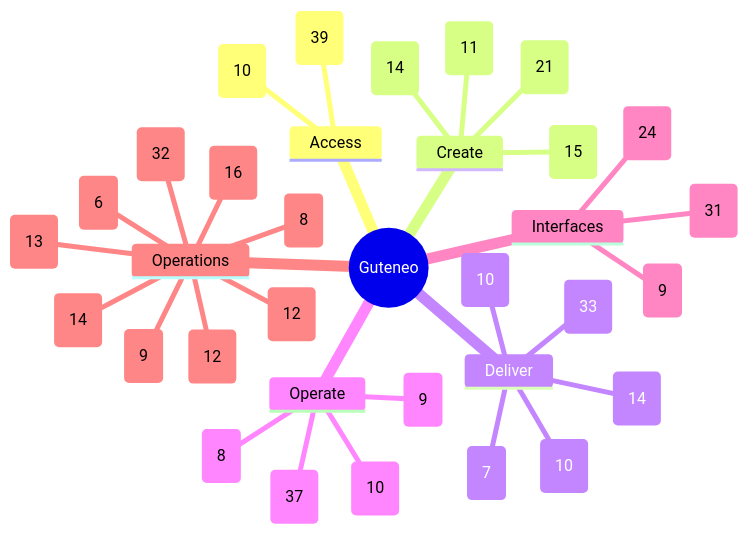
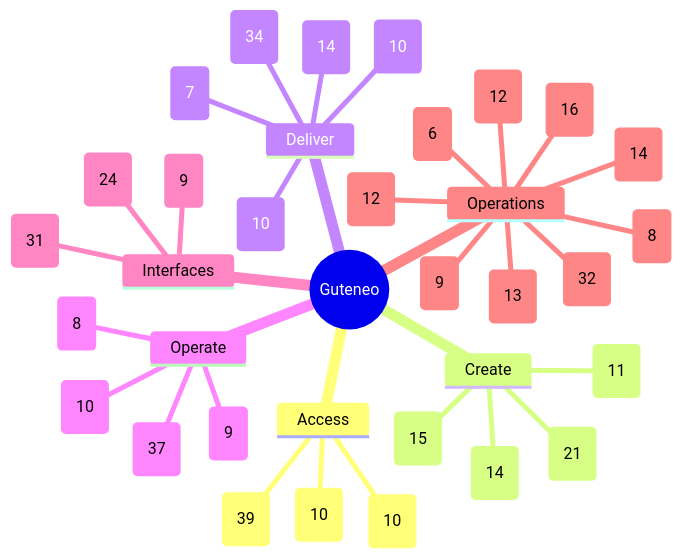
Before and after one commit to nclsppr/guteneo: the diagram in docs/FEATURE_MAP.md, drawn with Mermaid. The commit also changed other lines of this file and 71 other files, not shown here.

Commit message:
feat: recover workspace administration and bounded reports

````diff
--- a/docs/FEATURE_MAP.md
+++ b/docs/FEATURE_MAP.md
@@ -13,37 +13,38 @@
 ```mermaid
 mindmap
   root((Guteneo))
     Access
       Access and identity (39)
       Team and responsibilities (10)
+      Workspace administration and reports (10)
     Create
       Documents and protection (21)
       Template studio (14)
       Data and mappings (11)
       PDF generation and distribution (15)
     Deliver
       Fax (10)
       Postal mail (10)
       Email and protected links (14)
-      Sensitive distribution and personal documents (33)
+      Sensitive distribution and personal documents (34)
       Dispatch dry run (7)
     Operate
       Campaigns and tracking (8)
       Credits and billing (9)
       Workspace layout and browser appearance (37)
       PDF verification (10)
     Interfaces
       Assistants and API (31)
       iPhone and iPad (9)
       Public pages, languages and appearance (24)
     Operations
       Reviewer OAuth qualification (9)
       Operations and reliability (32)
       Belvédère platform oversight (14)
       Public service status (16)
       Engineering documentation (12)
       Codex Cloud development (8)
       Continuous reviewer preparation (6)
       Automatic fax tariff maintenance (13)
       Consumed provider freshness and J-1 alerts (12)
 ```
````
